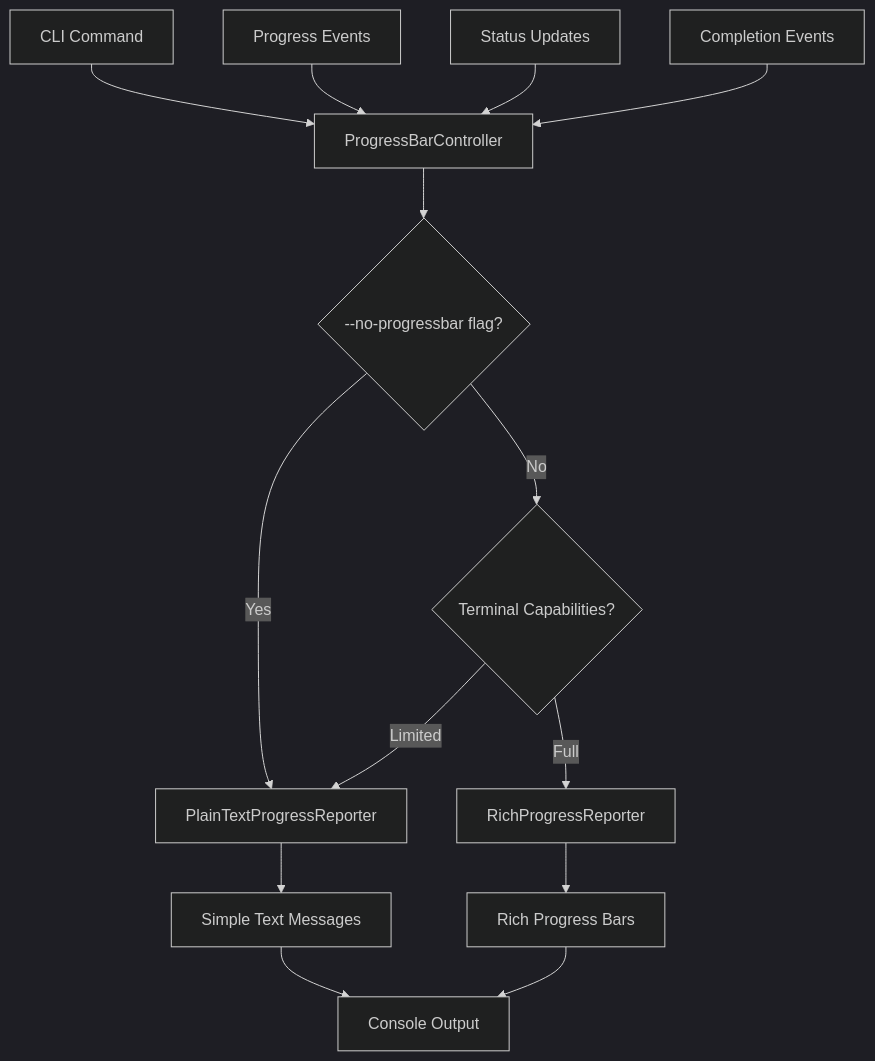
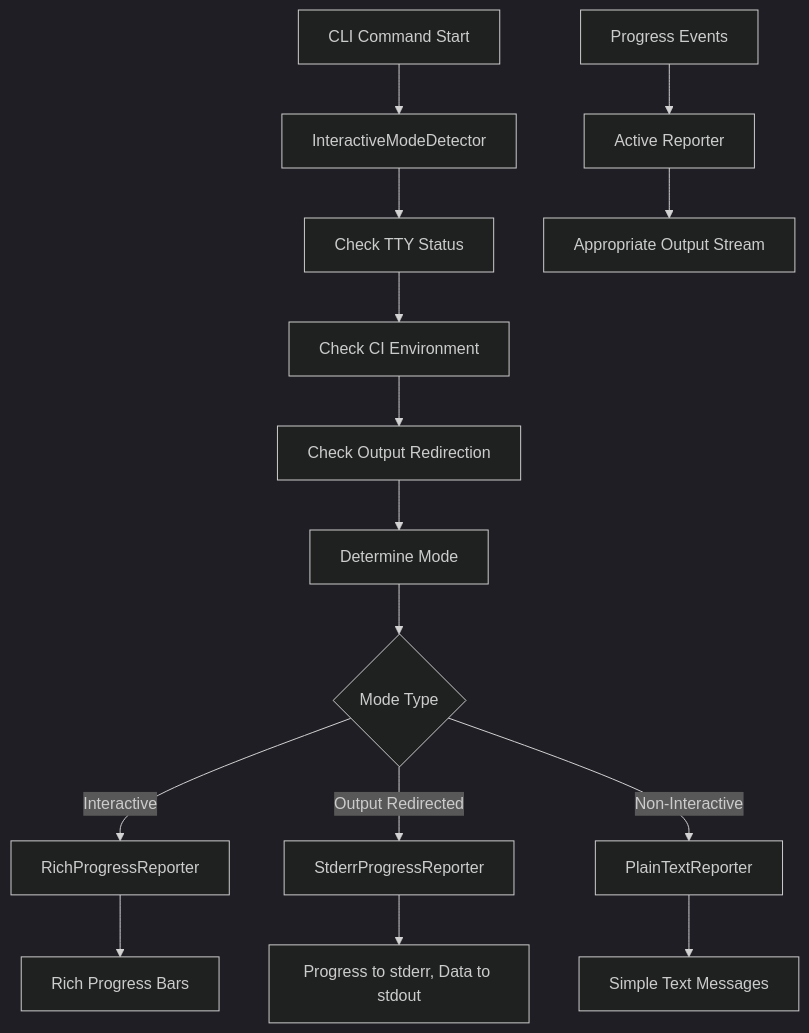
The fifth of 8 diagrams in .kiro/specs/forklift-tool/design.md (Romamo/forkscout), drawn with Mermaid (dark theme) before and after one commit. The commit also changed other lines of this file and 14 other files, not shown here.

First line of the commit message:
feat: implement terminal and environment detection components

````diff
--- a/.kiro/specs/forklift-tool/design.md
+++ b/.kiro/specs/forklift-tool/design.md
@@ -616,19 +616,20 @@
 ```mermaid
 graph TD
-    A[CLI Command] --> B[ProgressBarController]
-    B --> C{--no-progressbar flag?}
-    C -->|Yes| D[PlainTextProgressReporter]
-    C -->|No| E{Terminal Capabilities?}
-    E -->|Limited| D
-    E -->|Full| F[RichProgressReporter]
+    A[CLI Command Start] --> B[InteractiveModeDetector]
+    B --> C[Check TTY Status]
+    C --> D[Check CI Environment]
+    D --> E[Check Output Redirection]
+    E --> F[Determine Mode]
     
-    D --> G[Simple Text Messages]
-    F --> H[Rich Progress Bars]
+    F --> G{Mode Type}
+    G -->|Interactive| H[RichProgressReporter]
+    G -->|Output Redirected| I[StderrProgressReporter]
+    G -->|Non-Interactive| J[PlainTextReporter]
     
-    I[Progress Events] --> B
-    J[Status Updates] --> B
-    K[Completion Events] --> B
+    H --> K[Rich Progress Bars]
+    I --> L[Progress to stderr, Data to stdout]
+    J --> M[Simple Text Messages]
     
-    G --> L[Console Output]
-    H --> L
+    N[Progress Events] --> O[Active Reporter]
+    O --> P[Appropriate Output Stream]
 ```
````
